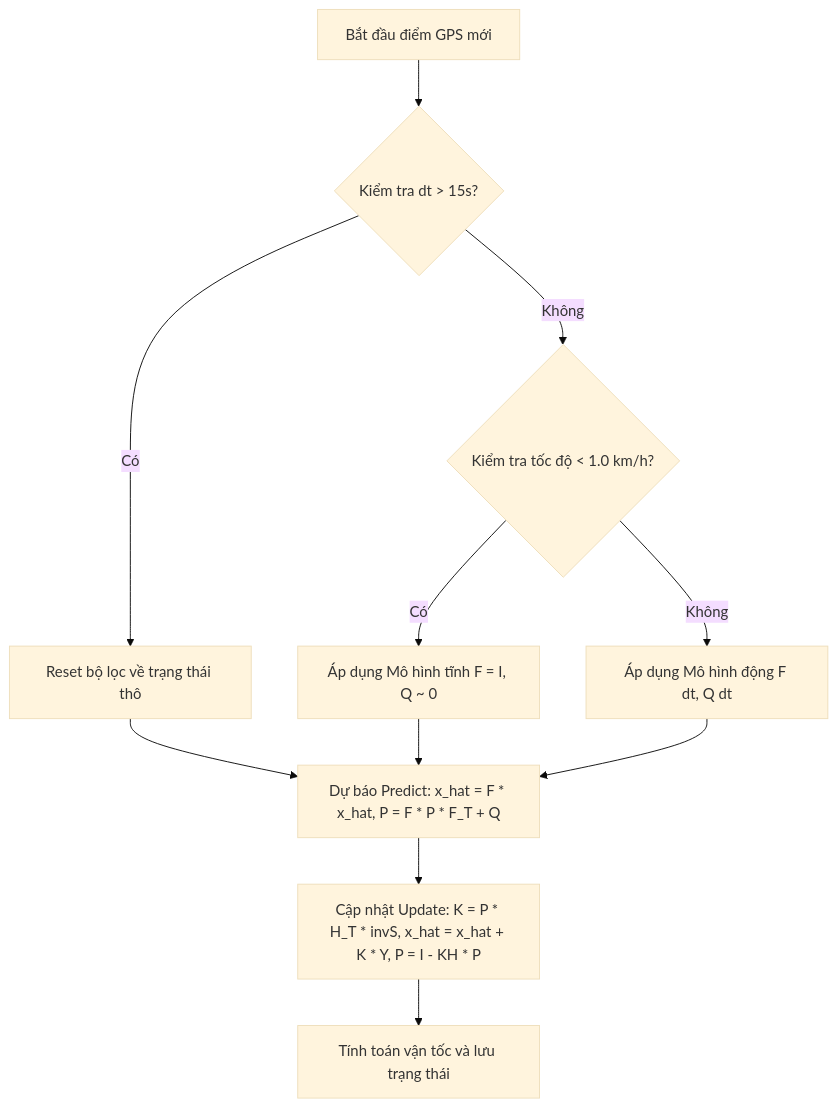
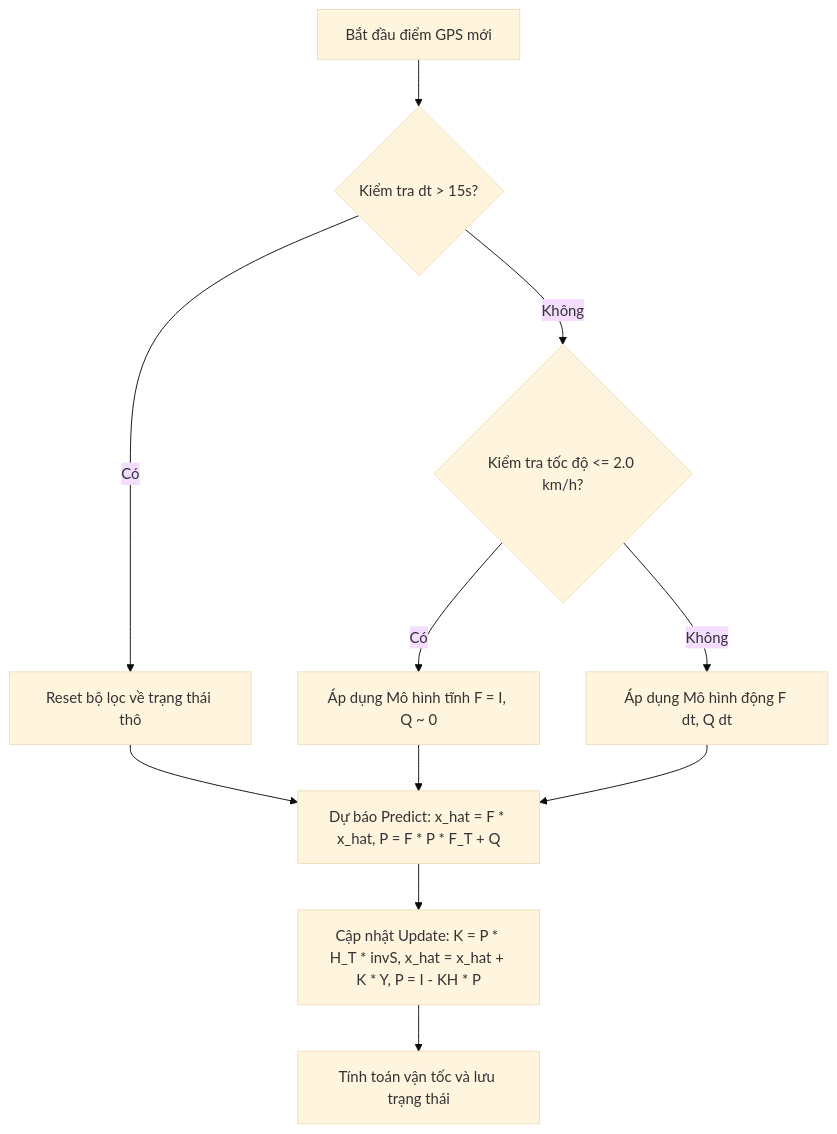
One commit to dducsw/bus-gps-streaming-lakehouse changed the diagram in docs/kalman_filter_algorithm.md. Above: the diagram before and after it, drawn with Mermaid (base theme). The commit also changed other lines of this file and 18 other files, not shown here.

````diff
--- a/docs/kalman_filter_algorithm.md
+++ b/docs/kalman_filter_algorithm.md
@@ -74,13 +78,13 @@
 ```mermaid
 graph TD
     A[Bắt đầu điểm GPS mới] --> B{Kiểm tra dt > 15s?}
     B -- Có --> C[Reset bộ lọc về trạng thái thô]
-    B -- Không --> D{Kiểm tra tốc độ < 1.0 km/h?}
+    B -- Không --> D{Kiểm tra tốc độ <= 2.0 km/h?}
     D -- Có --> E[Áp dụng Mô hình tĩnh F = I, Q ~ 0]
     D -- Không --> F[Áp dụng Mô hình động F dt, Q dt]
     C --> G[Dự báo Predict: x_hat = F * x_hat, P = F * P * F_T + Q]
     E --> G
     F --> G
     G --> H[Cập nhật Update: K = P * H_T * invS, x_hat = x_hat + K * Y, P = I - KH * P]
     H --> I[Tính toán vận tốc và lưu trạng thái]
 ```
````
